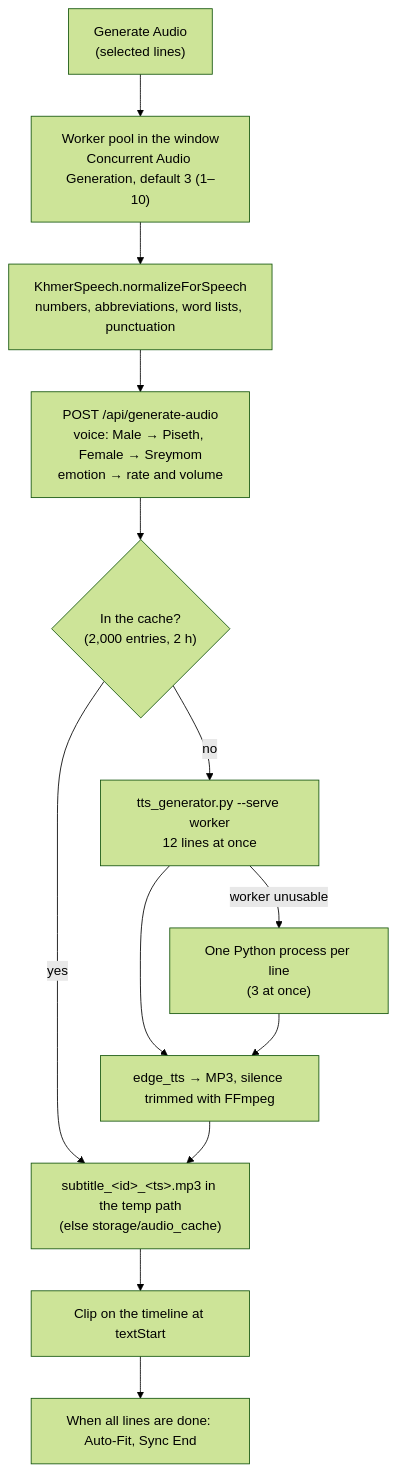
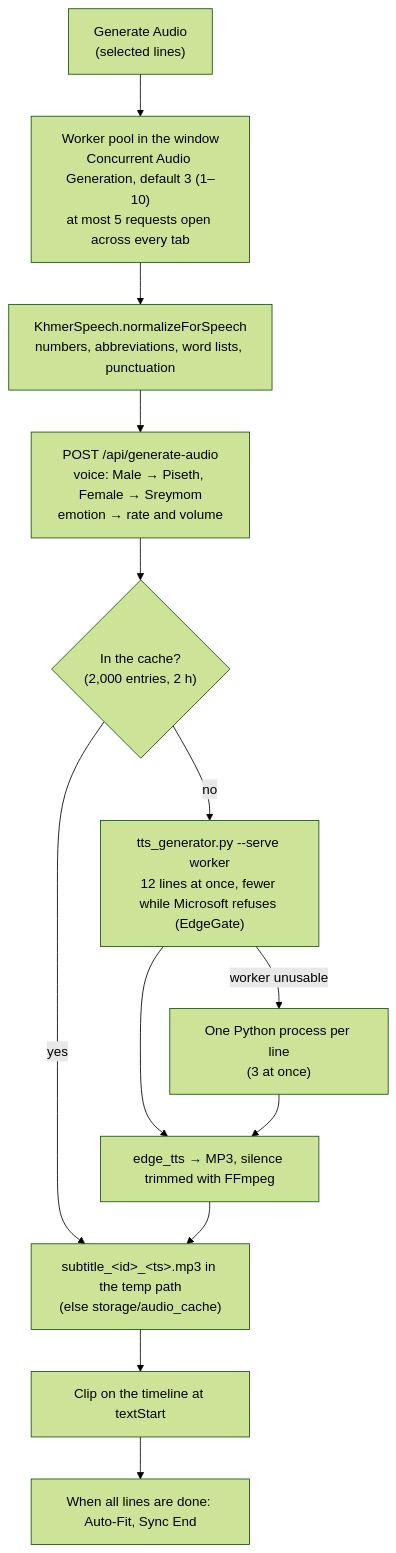
Before and after one commit to chhordalim14/dr-dubber: the eighth of 14 diagrams in docs/ARCHITECTURE.md, drawn with Mermaid (forest theme). The commit also changed other lines of this file and 2 other files, not shown here.

First line of the commit message:
docs: memory limits, Mac GPU paths and Edge TTS busy handling

````diff
--- a/docs/ARCHITECTURE.md
+++ b/docs/ARCHITECTURE.md
@@ -543,15 +544,15 @@
 ```mermaid
 flowchart TD
-    A["Generate Audio<br/>(selected lines)"] --> B["Worker pool in the window<br/>Concurrent Audio Generation, default 3 (1–10)"]
+    A["Generate Audio<br/>(selected lines)"] --> B["Worker pool in the window<br/>Concurrent Audio Generation, default 3 (1–10)<br/>at most 5 requests open across every tab"]
     B --> C["KhmerSpeech.normalizeForSpeech<br/>numbers, abbreviations, word lists, punctuation"]
     C --> D["POST /api/generate-audio<br/>voice: Male → Piseth, Female → Sreymom<br/>emotion → rate and volume"]
     D --> E{"In the cache?<br/>(2,000 entries, 2 h)"}
     E -- yes --> H
-    E -- no --> F["tts_generator.py --serve worker<br/>12 lines at once"]
+    E -- no --> F["tts_generator.py --serve worker<br/>12 lines at once, fewer while Microsoft refuses (EdgeGate)"]
     F -- "worker unusable" --> F2["One Python process per line<br/>(3 at once)"]
     F --> G["edge_tts → MP3, silence trimmed with FFmpeg"]
     F2 --> G
     G --> H["subtitle_&lt;id&gt;_&lt;ts&gt;.mp3 in the temp path<br/>(else storage/audio_cache)"]
     H --> I["Clip on the timeline at textStart"]
     I --> J["When all lines are done: Auto-Fit, Sync End"]
 ```
````
